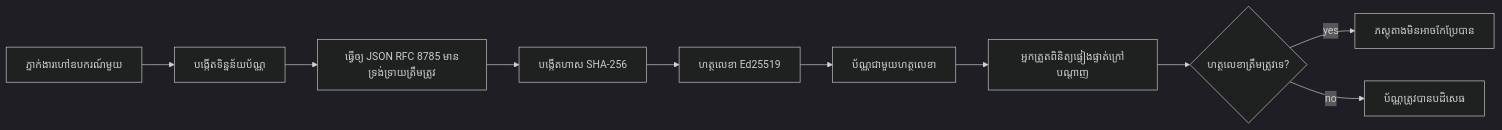
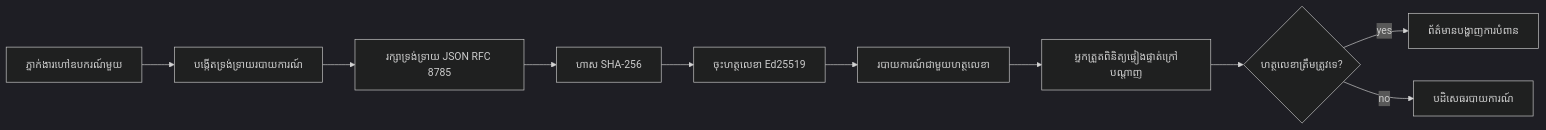
Before and after one commit to gabrielmoreira/agent-skills-mirror: the first of 2 diagrams in mirrors/repos/microsoft@ai-agents-for-beginners/translations/km/18-securing-ai-agents/README.md, drawn with Mermaid (dark theme). The commit also changed other lines of this file and 2285 other files, not shown here.

````diff
--- a/mirrors/repos/microsoft@ai-agents-for-beginners/translations/km/18-securing-ai-agents/README.md
+++ b/mirrors/repos/microsoft@ai-agents-for-beginners/translations/km/18-securing-ai-agents/README.md
@@ -51,12 +51,12 @@
 ```mermaid
 flowchart LR
-    A[ភ្នាក់ងារហៅឧបករណ៍មួយ] --> B[បង្កើតទិន្នន័យប័ណ្ណ]
-    B --> C[ធ្វើឲ្យ JSON RFC 8785 មានទ្រង់ទ្រាយត្រឹមត្រូវ]
-    C --> D[បង្កើតហាស SHA-256]
-    D --> E[ហត្ថលេខា Ed25519]
-    E --> F[ប័ណ្ណជាមួយហត្ថលេខា]
-    F --> G[អ្នកត្រួតពិនិត្យផ្ទៀងផ្ទាត់ក្រៅបណ្តាញ]
+    A[ភ្នាក់ងារហៅឧបករណ៍មួយ] --> B[បង្កើតទ្រង់ទ្រាយរបាយការណ៍]
+    B --> C[រក្សាទ្រង់ទ្រាយ JSON RFC 8785]
+    C --> D[ហាស SHA-256]
+    D --> E[ចុះហត្ថលេខា Ed25519]
+    E --> F[របាយការណ៍ជាមួយហត្ថលេខា]
+    F --> G[អ្នកត្រួតពិនិត្យផ្ទៀងផ្ទាត់ក្រៅបណ្ដាញ]
     G --> H{ហត្ថលេខាត្រឹមត្រូវទេ?}
-    H -- yes --> I[ភស្តុតាងមិនអាចកែប្រែបាន]
-    H -- no --> J[ប័ណ្ណត្រូវបានបដិសេធ]
+    H -- yes --> I[ព័ត៌មានបង្ហាញការបំពាន]
+    H -- no --> J[បដិសេធរបាយការណ៍]
 ```
````
